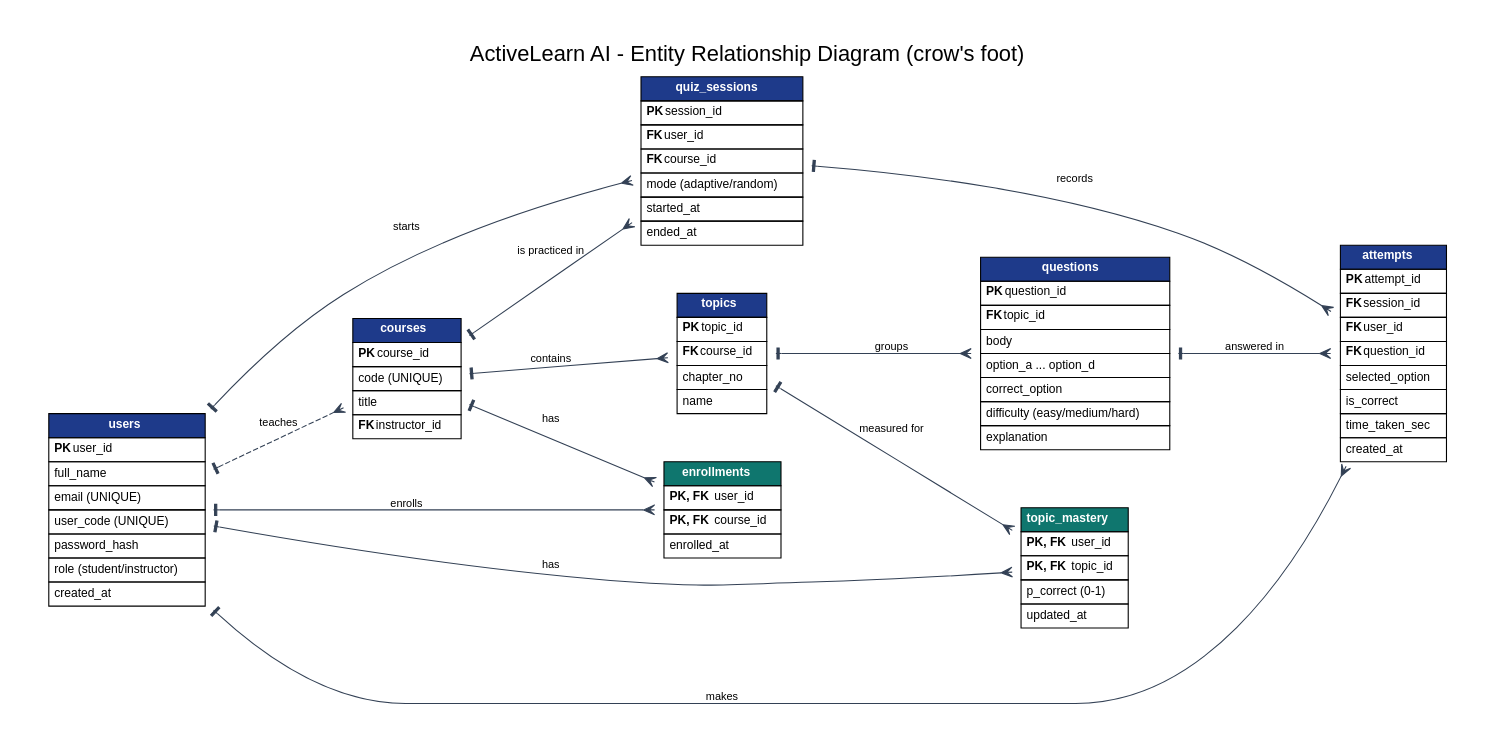
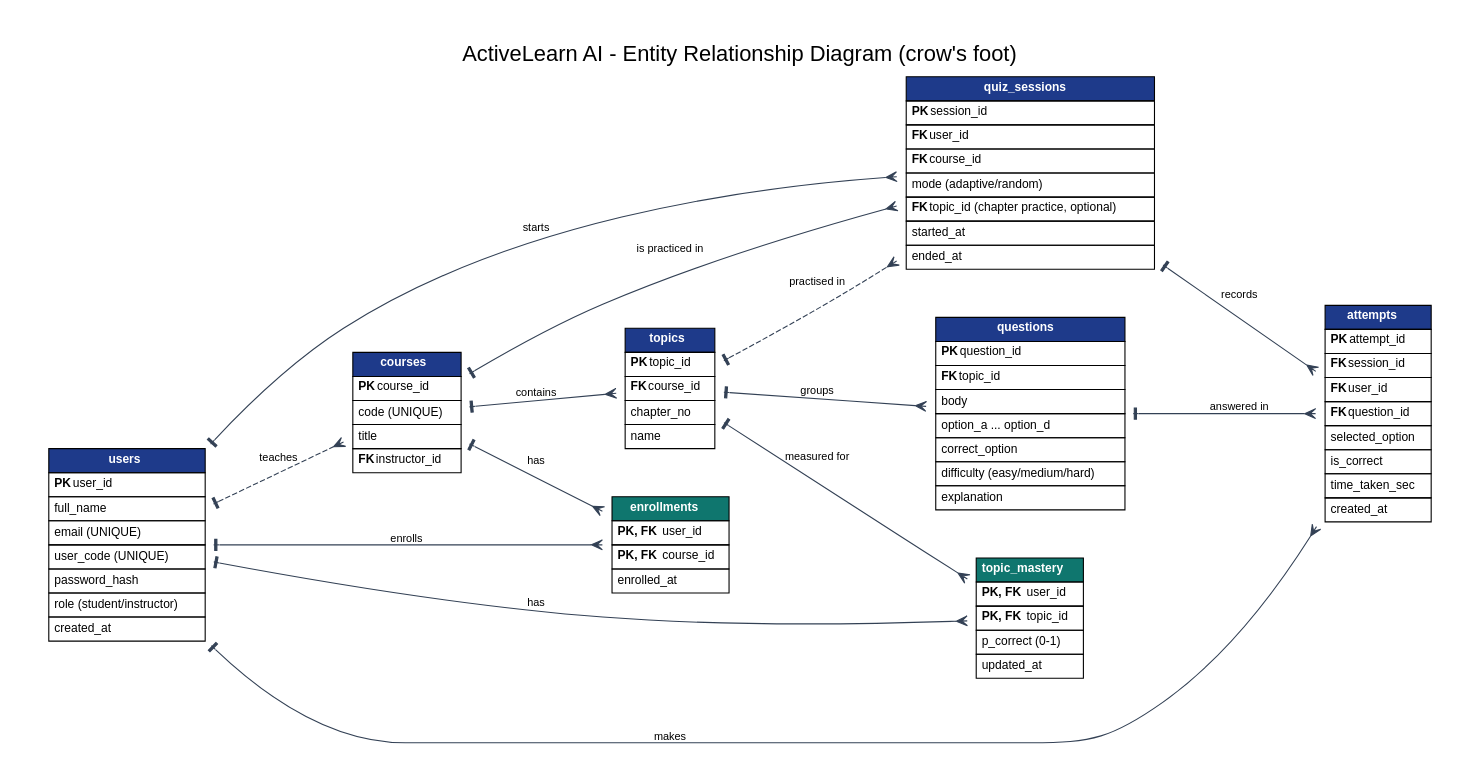
Before and after one commit to omar-SciTech/ActiveLearn-AI: the diagram in database/erd.dot, drawn with Graphviz. The commit also changed 8 other files, not shown here.

First line of the commit message:
Chapter practice: quiz on one chapter with adaptive difficulty

```diff
--- a/database/erd.dot
+++ b/database/erd.dot
@@ -1,85 +1,87 @@
 digraph ERD {
   graph [rankdir=LR, fontname="Helvetica", bgcolor="white", pad=0.4, nodesep=0.5, ranksep=1.1, label="ActiveLearn AI - Entity Relationship Diagram (crow's foot)", labelloc=t, fontsize=20];
   node  [shape=plaintext, fontname="Helvetica", fontsize=11];
   edge  [fontname="Helvetica", fontsize=10, arrowhead=crow, arrowtail=tee, dir=both, color="#334155"];
 
   users [label=<<TABLE BORDER="0" CELLBORDER="1" CELLSPACING="0" CELLPADDING="4">
     <TR><TD BGCOLOR="#1e3a8a"><FONT COLOR="white"><B>users</B></FONT></TD></TR>
     <TR><TD ALIGN="LEFT"><B>PK</B> user_id</TD></TR>
     <TR><TD ALIGN="LEFT">full_name</TD></TR>
     <TR><TD ALIGN="LEFT">email (UNIQUE)</TD></TR>
     <TR><TD ALIGN="LEFT">user_code (UNIQUE)</TD></TR>
     <TR><TD ALIGN="LEFT">password_hash</TD></TR>
     <TR><TD ALIGN="LEFT">role (student/instructor)</TD></TR>
     <TR><TD ALIGN="LEFT">created_at</TD></TR></TABLE>>];
 
   courses [label=<<TABLE BORDER="0" CELLBORDER="1" CELLSPACING="0" CELLPADDING="4">
     <TR><TD BGCOLOR="#1e3a8a"><FONT COLOR="white"><B>courses</B></FONT></TD></TR>
     <TR><TD ALIGN="LEFT"><B>PK</B> course_id</TD></TR>
     <TR><TD ALIGN="LEFT">code (UNIQUE)</TD></TR>
     <TR><TD ALIGN="LEFT">title</TD></TR>
     <TR><TD ALIGN="LEFT"><B>FK</B> instructor_id</TD></TR></TABLE>>];
 
   enrollments [label=<<TABLE BORDER="0" CELLBORDER="1" CELLSPACING="0" CELLPADDING="4">
     <TR><TD BGCOLOR="#0f766e"><FONT COLOR="white"><B>enrollments</B></FONT></TD></TR>
     <TR><TD ALIGN="LEFT"><B>PK, FK</B> user_id</TD></TR>
     <TR><TD ALIGN="LEFT"><B>PK, FK</B> course_id</TD></TR>
     <TR><TD ALIGN="LEFT">enrolled_at</TD></TR></TABLE>>];
 
   topics [label=<<TABLE BORDER="0" CELLBORDER="1" CELLSPACING="0" CELLPADDING="4">
     <TR><TD BGCOLOR="#1e3a8a"><FONT COLOR="white"><B>topics</B></FONT></TD></TR>
     <TR><TD ALIGN="LEFT"><B>PK</B> topic_id</TD></TR>
     <TR><TD ALIGN="LEFT"><B>FK</B> course_id</TD></TR>
     <TR><TD ALIGN="LEFT">chapter_no</TD></TR>
     <TR><TD ALIGN="LEFT">name</TD></TR></TABLE>>];
 
   questions [label=<<TABLE BORDER="0" CELLBORDER="1" CELLSPACING="0" CELLPADDING="4">
     <TR><TD BGCOLOR="#1e3a8a"><FONT COLOR="white"><B>questions</B></FONT></TD></TR>
     <TR><TD ALIGN="LEFT"><B>PK</B> question_id</TD></TR>
     <TR><TD ALIGN="LEFT"><B>FK</B> topic_id</TD></TR>
     <TR><TD ALIGN="LEFT">body</TD></TR>
     <TR><TD ALIGN="LEFT">option_a ... option_d</TD></TR>
     <TR><TD ALIGN="LEFT">correct_option</TD></TR>
     <TR><TD ALIGN="LEFT">difficulty (easy/medium/hard)</TD></TR>
     <TR><TD ALIGN="LEFT">explanation</TD></TR></TABLE>>];
 
   quiz_sessions [label=<<TABLE BORDER="0" CELLBORDER="1" CELLSPACING="0" CELLPADDING="4">
     <TR><TD BGCOLOR="#1e3a8a"><FONT COLOR="white"><B>quiz_sessions</B></FONT></TD></TR>
     <TR><TD ALIGN="LEFT"><B>PK</B> session_id</TD></TR>
     <TR><TD ALIGN="LEFT"><B>FK</B> user_id</TD></TR>
     <TR><TD ALIGN="LEFT"><B>FK</B> course_id</TD></TR>
     <TR><TD ALIGN="LEFT">mode (adaptive/random)</TD></TR>
+    <TR><TD ALIGN="LEFT"><B>FK</B> topic_id (chapter practice, optional)</TD></TR>
     <TR><TD ALIGN="LEFT">started_at</TD></TR>
     <TR><TD ALIGN="LEFT">ended_at</TD></TR></TABLE>>];
 
   attempts [label=<<TABLE BORDER="0" CELLBORDER="1" CELLSPACING="0" CELLPADDING="4">
     <TR><TD BGCOLOR="#1e3a8a"><FONT COLOR="white"><B>attempts</B></FONT></TD></TR>
     <TR><TD ALIGN="LEFT"><B>PK</B> attempt_id</TD></TR>
     <TR><TD ALIGN="LEFT"><B>FK</B> session_id</TD></TR>
     <TR><TD ALIGN="LEFT"><B>FK</B> user_id</TD></TR>
     <TR><TD ALIGN="LEFT"><B>FK</B> question_id</TD></TR>
     <TR><TD ALIGN="LEFT">selected_option</TD></TR>
     <TR><TD ALIGN="LEFT">is_correct</TD></TR>
     <TR><TD ALIGN="LEFT">time_taken_sec</TD></TR>
     <TR><TD ALIGN="LEFT">created_at</TD></TR></TABLE>>];
 
   topic_mastery [label=<<TABLE BORDER="0" CELLBORDER="1" CELLSPACING="0" CELLPADDING="4">
     <TR><TD BGCOLOR="#0f766e"><FONT COLOR="white"><B>topic_mastery</B></FONT></TD></TR>
     <TR><TD ALIGN="LEFT"><B>PK, FK</B> user_id</TD></TR>
     <TR><TD ALIGN="LEFT"><B>PK, FK</B> topic_id</TD></TR>
     <TR><TD ALIGN="LEFT">p_correct (0-1)</TD></TR>
     <TR><TD ALIGN="LEFT">updated_at</TD></TR></TABLE>>];
 
   users -> enrollments [label="enrolls"];
   courses -> enrollments [label="has"];
   users -> courses [label="teaches", style=dashed];
   courses -> topics [label="contains"];
   topics -> questions [label="groups"];
   users -> quiz_sessions [label="starts"];
   courses -> quiz_sessions [label="is practiced in"];
   quiz_sessions -> attempts [label="records"];
   users -> attempts [label="makes"];
   questions -> attempts [label="answered in"];
   users -> topic_mastery [label="has"];
   topics -> topic_mastery [label="measured for"];
+  topics -> quiz_sessions [label="practised in", style=dashed];
 }
```
